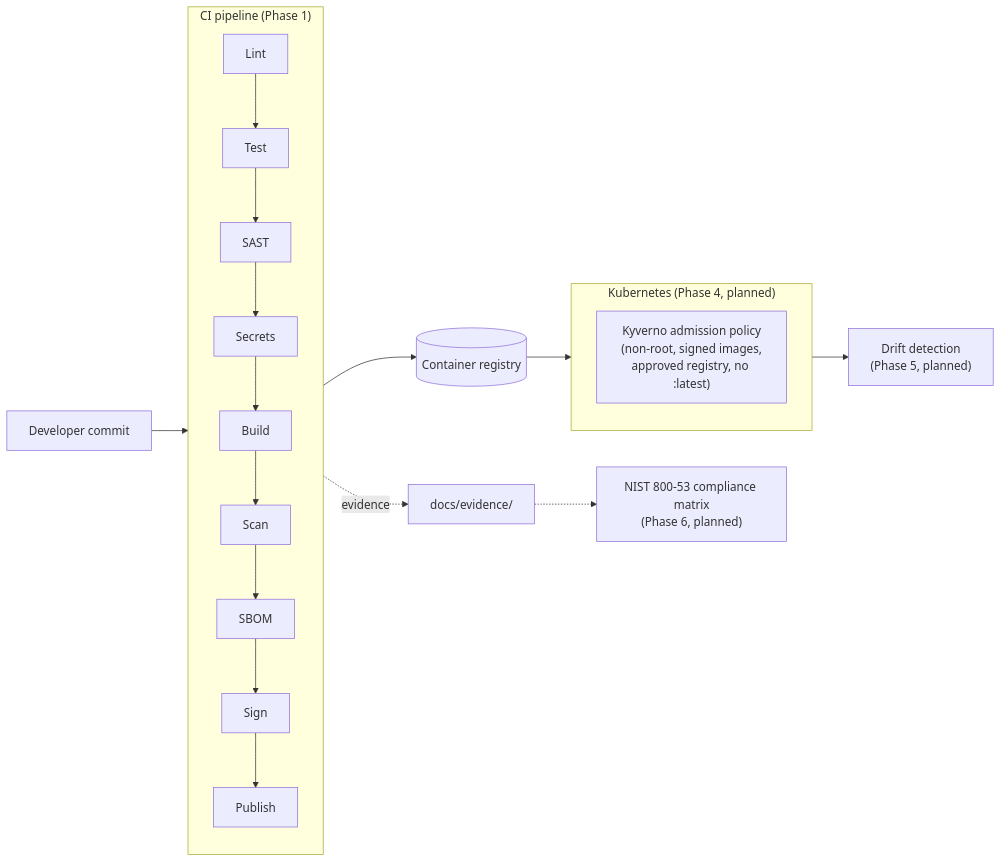
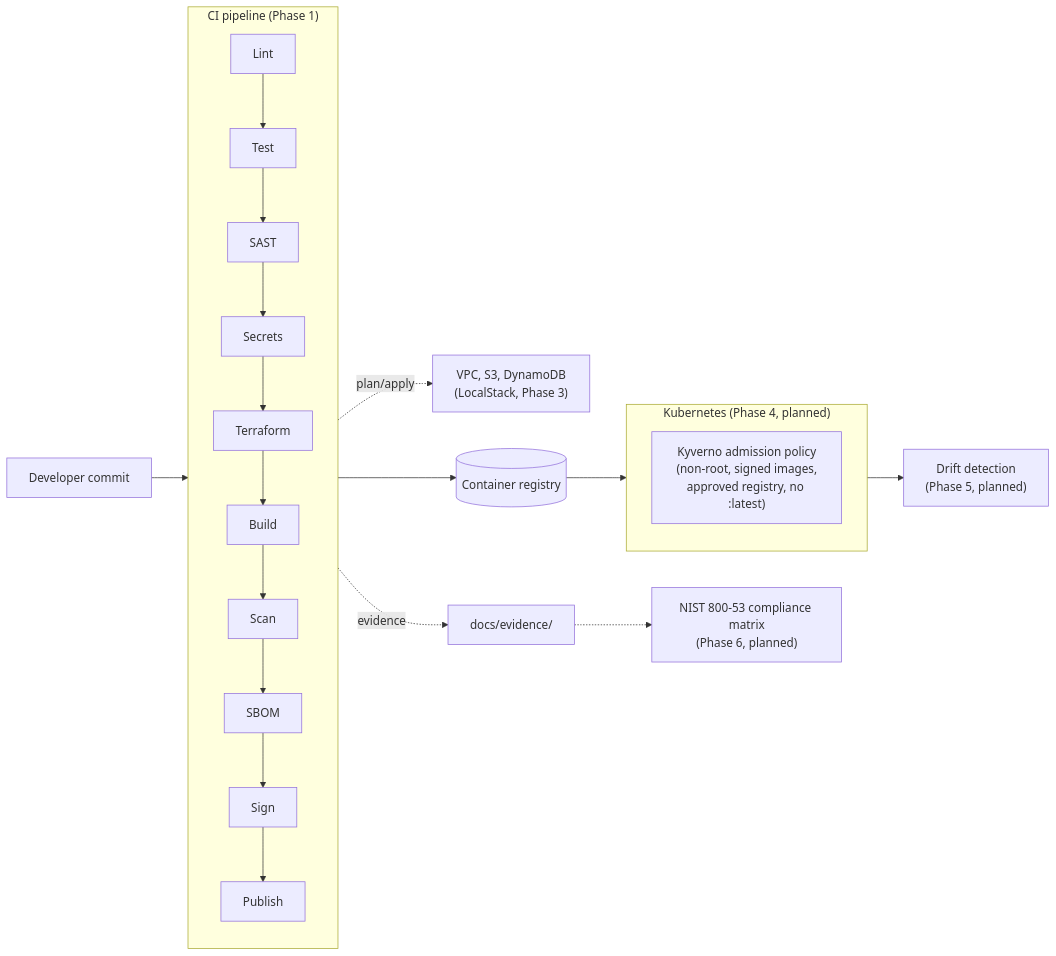
The diagram in README.md (tmarktg/ato-in-a-pipeline), drawn with Mermaid before and after one commit. The commit also changed other lines of this file and 11 other files, not shown here.

First line of the commit message:
Phase 3: Terraform/LocalStack infra (VPC/network, S3, DynamoDB)

````diff
--- a/README.md
+++ b/README.md
@@ -24,20 +24,21 @@
 ```mermaid
 flowchart LR
     Dev[Developer commit] --> CI
 
     subgraph CI["CI pipeline (Phase 1)"]
         direction TB
-        Lint --> Test --> SAST --> Secrets --> Build --> Scan --> SBOM --> Sign --> Publish
+        Lint --> Test --> SAST --> Secrets --> Terraform --> Build --> Scan --> SBOM --> Sign --> Publish
     end
 
+    Terraform -.->|"plan/apply"| Infra["VPC, S3, DynamoDB\n(LocalStack, Phase 3)"]
     CI --> Registry[(Container registry)]
     Registry --> K8s
 
     subgraph K8s["Kubernetes (Phase 4, planned)"]
         Kyverno["Kyverno admission policy\n(non-root, signed images,\napproved registry, no :latest)"]
     end
 
     K8s --> Monitor["Drift detection\n(Phase 5, planned)"]
     CI -.->|"evidence"| Docs[docs/evidence/]
     Docs -.-> Matrix["NIST 800-53 compliance matrix\n(Phase 6, planned)"]
 ```
````
